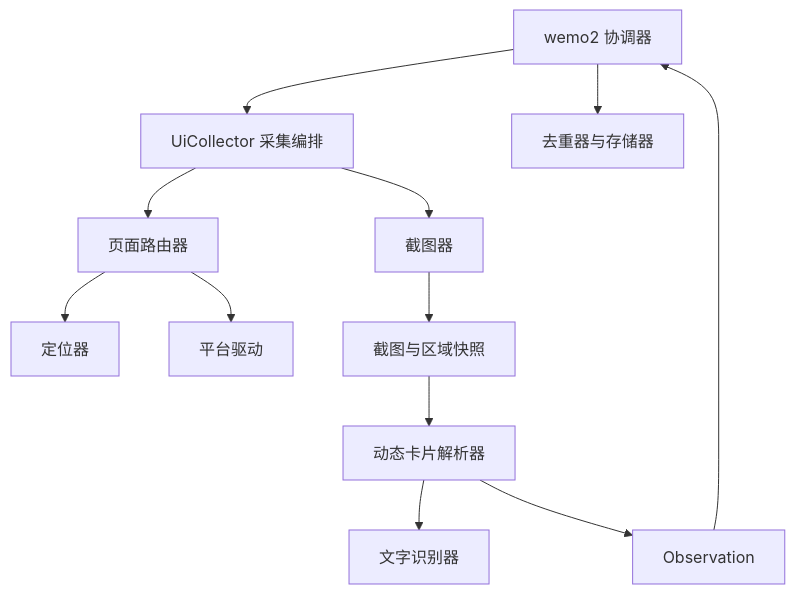
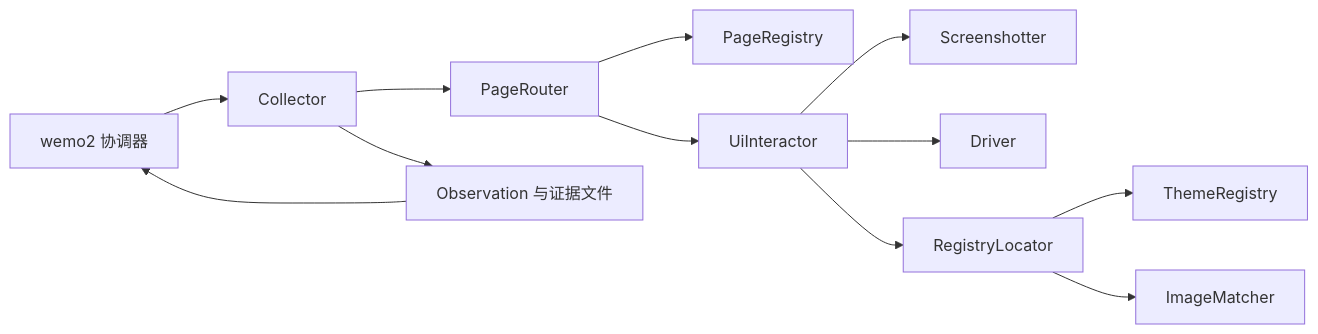
One commit to JackyLee3362/wemo2 changed the diagram in src/wemo2_collector/ARCHITECTURE.md. Above: the diagram before and after it, drawn with Mermaid. The commit also changed other lines of this file and 36 other files, not shown here.

````diff
--- a/src/wemo2_collector/ARCHITECTURE.md
+++ b/src/wemo2_collector/ARCHITECTURE.md
@@ -36,14 +33,14 @@
 ```mermaid
-flowchart TD
-    Coordinator[wemo2 协调器] --> Collector[UiCollector 采集编排]
-    Collector --> Router[页面路由器]
-    Router --> Locator[定位器]
-    Router --> Driver[平台驱动]
-    Collector --> Capture[截图器]
-    Capture --> Frame[截图与区域快照]
-    Frame --> Reader[动态卡片解析器]
-    Reader --> OCR[文字识别器]
-    Reader --> Observation[Observation]
-    Observation --> Coordinator
-    Coordinator --> Dedup[去重器与存储器]
+flowchart LR
+    App[wemo2 协调器] --> Collector[Collector]
+    Collector --> Router[PageRouter]
+    Router --> Pages[PageRegistry]
+    Router --> Interaction[UiInteractor]
+    Interaction --> Capture[Screenshotter]
+    Interaction --> Driver[Driver]
+    Interaction --> Locator[RegistryLocator]
+    Locator --> Themes[ThemeRegistry]
+    Locator --> Matcher[ImageMatcher]
+    Collector --> Data[Observation 与证据文件]
+    Data --> App
 ```
````
